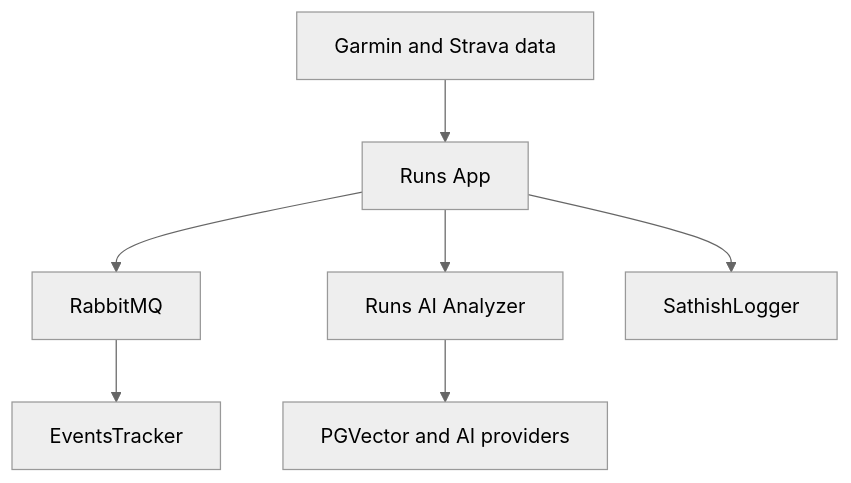
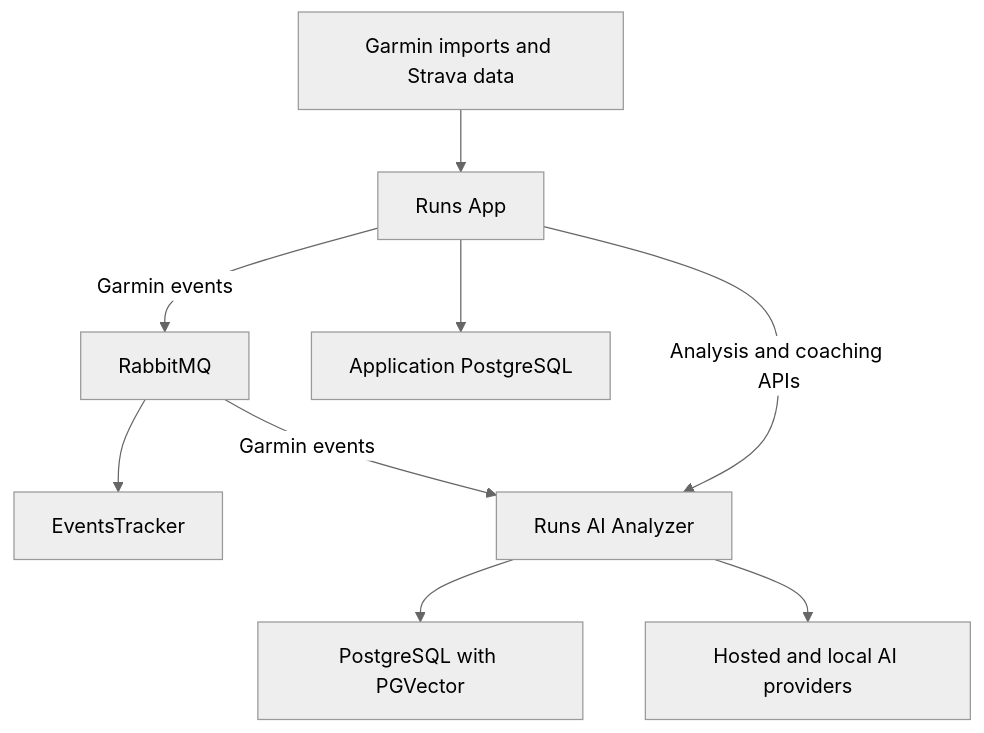
Before and after one commit to sathishjayapal/sathishjayapal: the diagram in README.md, drawn with Mermaid (neutral theme). The commit also changed other lines of this file, not shown here.

````diff
--- a/README.md
+++ b/README.md
@@ -36,9 +57,11 @@
 ```mermaid
 flowchart TD
-    Sources["Garmin and Strava data"] --> App["Runs App"]
-    App --> MQ["RabbitMQ"]
+    Data["Garmin imports and Strava data"] --> App["Runs App"]
+    App -->|"Garmin events"| MQ["RabbitMQ"]
     MQ --> Events["EventsTracker"]
-    App --> AI["Runs AI Analyzer"]
-    AI --> Vector["PGVector and AI providers"]
-    App --> Logs["SathishLogger"]
+    MQ -->|"Garmin events"| AI["Runs AI Analyzer"]
+    App -->|"Analysis and coaching APIs"| AI
+    App --> AppDB["Application PostgreSQL"]
+    AI --> Vector["PostgreSQL with PGVector"]
+    AI --> Models["Hosted and local AI providers"]
 ```
````
